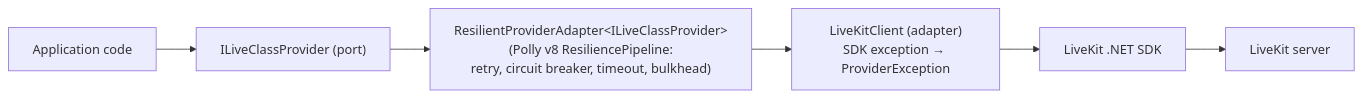
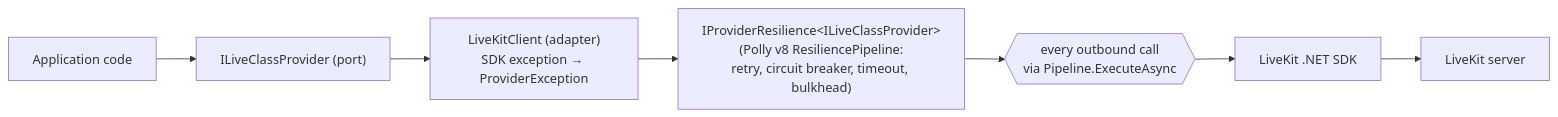
The seventh of 7 diagrams in docs/architecture/33-cross-cutting-concerns.md (HodeTech/LearnStack), drawn with Mermaid before and after one commit. The commit also changed other lines of this file and 7 other files, not shown here.

````diff
--- a/docs/architecture/33-cross-cutting-concerns.md
+++ b/docs/architecture/33-cross-cutting-concerns.md
@@ -392,8 +392,9 @@
 ```mermaid
 flowchart LR
   app[Application code] --> port["ILiveClassProvider (port)"]
-  port --> decorator["ResilientProviderAdapter&lt;ILiveClassProvider&gt;<br/>(Polly v8 ResiliencePipeline:<br/>retry, circuit breaker, timeout, bulkhead)"]
-  decorator --> adapter["LiveKitClient (adapter)<br/>SDK exception → ProviderException"]
-  adapter --> sdk[LiveKit .NET SDK]
+  port --> adapter["LiveKitClient (adapter)<br/>SDK exception → ProviderException"]
+  adapter --> resilience["IProviderResilience&lt;ILiveClassProvider&gt;<br/>(Polly v8 ResiliencePipeline:<br/>retry, circuit breaker, timeout, bulkhead)"]
+  resilience --> sdkcall{{"every outbound call<br/>via Pipeline.ExecuteAsync"}}
+  sdkcall --> sdk[LiveKit .NET SDK]
   sdk --> upstream[LiveKit server]
 ```
````
